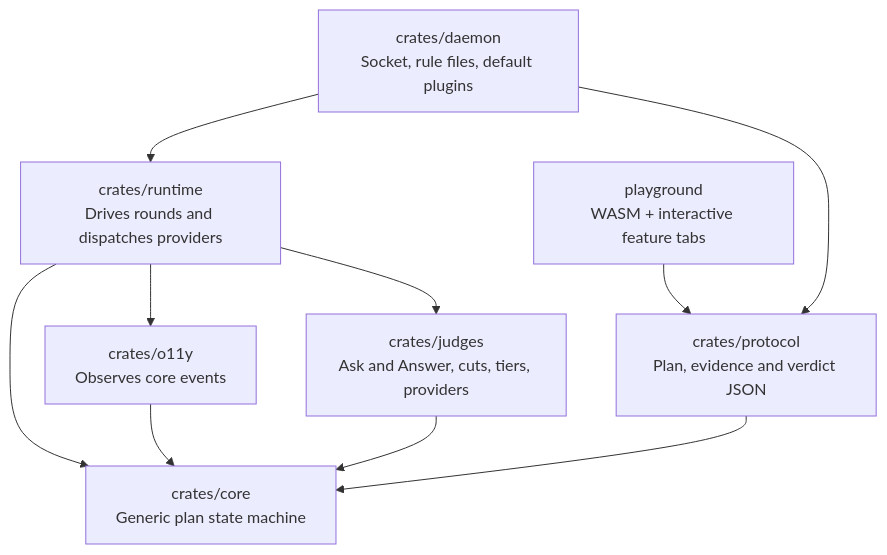
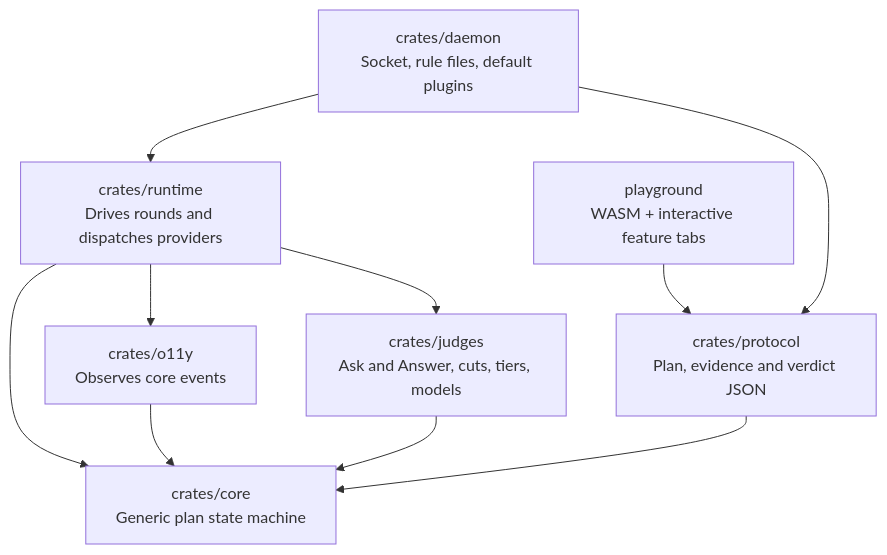
The third of 7 diagrams in docs/plans/pluggability.md (StevenJPx2/chauffeur), drawn with Mermaid before and after one commit. The commit also changed other lines of this file and 1 other file, not shown here.

First line of the commit message:
docs(plans): steps name a model in its own field; models.json

````diff
--- a/docs/plans/pluggability.md
+++ b/docs/plans/pluggability.md
@@ -97,13 +97,13 @@
 ```mermaid
 flowchart TB
     Core["crates/core<br/>Generic plan state machine"]
     O11y["crates/o11y<br/>Observes core events"] --> Core
     Protocol["crates/protocol<br/>Plan, evidence and verdict JSON"] --> Core
     Runtime["crates/runtime<br/>Drives rounds and dispatches providers"] --> Core
     Runtime --> O11y
     Daemon["crates/daemon<br/>Socket, rule files, default plugins"] --> Runtime
     Daemon --> Protocol
-    Judges["crates/judges<br/>Ask and Answer, cuts, tiers, providers"] --> Core
+    Judges["crates/judges<br/>Ask and Answer, cuts, tiers, models"] --> Core
     Runtime --> Judges
     Playground["playground<br/>WASM + interactive feature tabs"] --> Protocol
 ```
````
